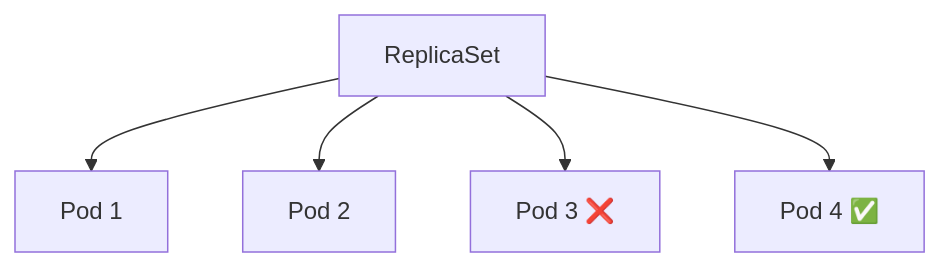
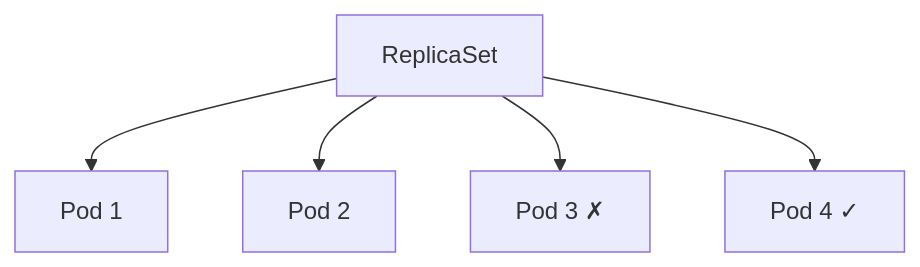
The sixth of 43 diagrams in content/container-orchestration/kubernetes/replicaset-fundamentals.md (mustafammasoud/ops-handbook), drawn with Mermaid before and after one commit. The commit also changed other lines of this file and 2 other files, not shown here.

````diff
--- a/content/container-orchestration/kubernetes/replicaset-fundamentals.md
+++ b/content/container-orchestration/kubernetes/replicaset-fundamentals.md
@@ -112,9 +112,9 @@
 ```mermaid
 flowchart TB
     R["ReplicaSet"]
 
     R --> P1["Pod 1"]
     R --> P2["Pod 2"]
-    R --> P3["Pod 3 ❌"]
-    R --> P4["Pod 4 ✅"]
+    R --> P3["Pod 3 ✗"]
+    R --> P4["Pod 4 ✓ "]
 ```
````
